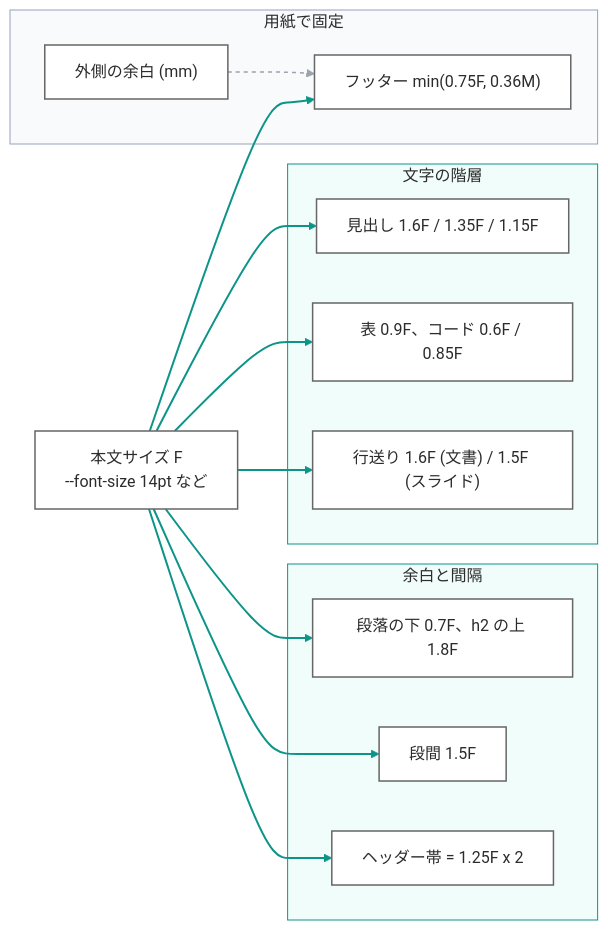
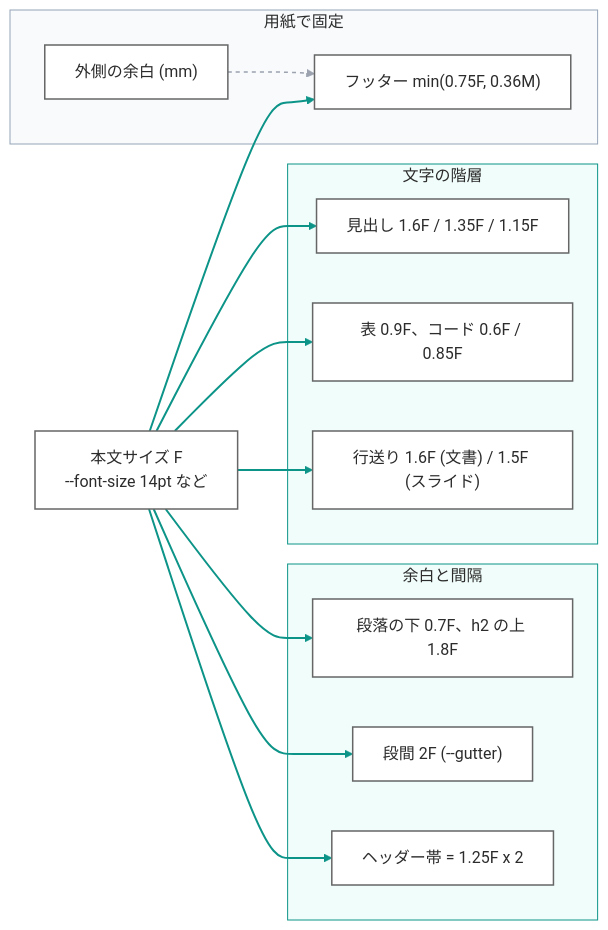
One commit to gospelo-dev/md2html changed the first of 3 diagrams in docs/DESIGN_ja.md. Above: the diagram before and after it, drawn with Mermaid. The commit also changed other lines of this file and 28 other files, not shown here.

````diff
--- a/docs/DESIGN_ja.md
+++ b/docs/DESIGN_ja.md
@@ -11,34 +11,34 @@
 ```mermaid
 flowchart LR
     F["本文サイズ F<br/>--font-size 14pt など"]
     subgraph Type["文字の階層"]
         H["見出し 1.6F / 1.35F / 1.15F"]
         T["表 0.9F、コード 0.6F / 0.85F"]
         L["行送り 1.6F (文書) / 1.5F (スライド)"]
     end
     subgraph Space["余白と間隔"]
         P["段落の下 0.7F、h2 の上 1.8F"]
-        G["段間 1.5F"]
+        G["段間 2F (--gutter)"]
         B["ヘッダー帯 = 1.25F x 2"]
     end
     subgraph Fix["用紙で固定"]
         M["外側の余白 (mm)"]
         Foot["フッター min(0.75F, 0.36M)"]
     end
     F --> H
     F --> T
     F --> L
     F --> P
     F --> G
     F --> B
     F --> Foot
     M -.-> Foot
 
     classDef node fill:#FFFFFF,stroke:#666666,stroke-width:1.5px,color:#2C2C2C
     class F,H,T,L,P,G,B,M,Foot node
     style Type fill:#F0FDFA,stroke:#0D9488,color:#2C2C2C
     style Space fill:#F0FDFA,stroke:#0D9488,color:#2C2C2C
     style Fix fill:#F8FAFC,stroke:#94A3B8,color:#2C2C2C
     linkStyle 0,1,2,3,4,5,6 stroke:#0D9488,stroke-width:2px
     linkStyle 7 stroke:#9CA3AF,stroke-width:1.5px,stroke-dasharray:4 4
 ```
````
